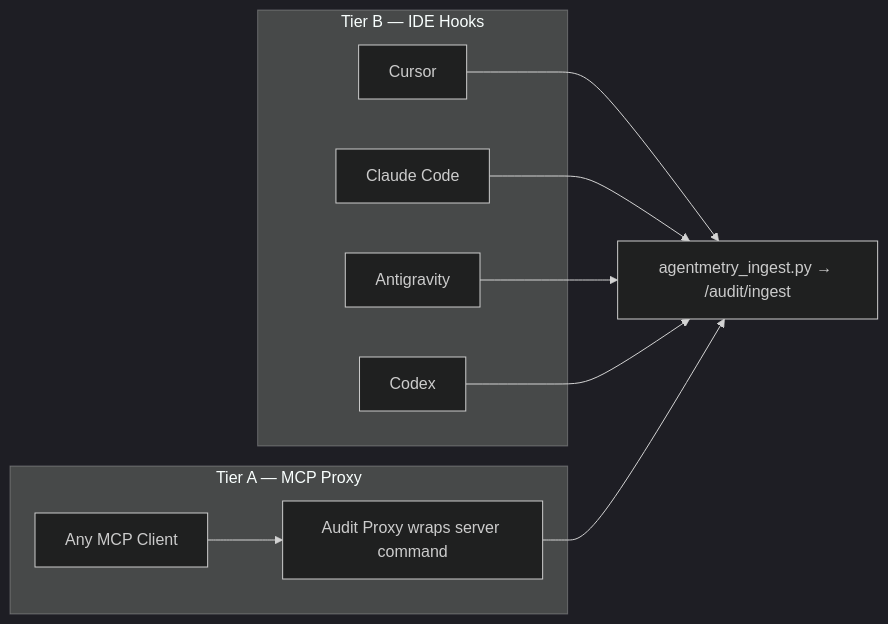
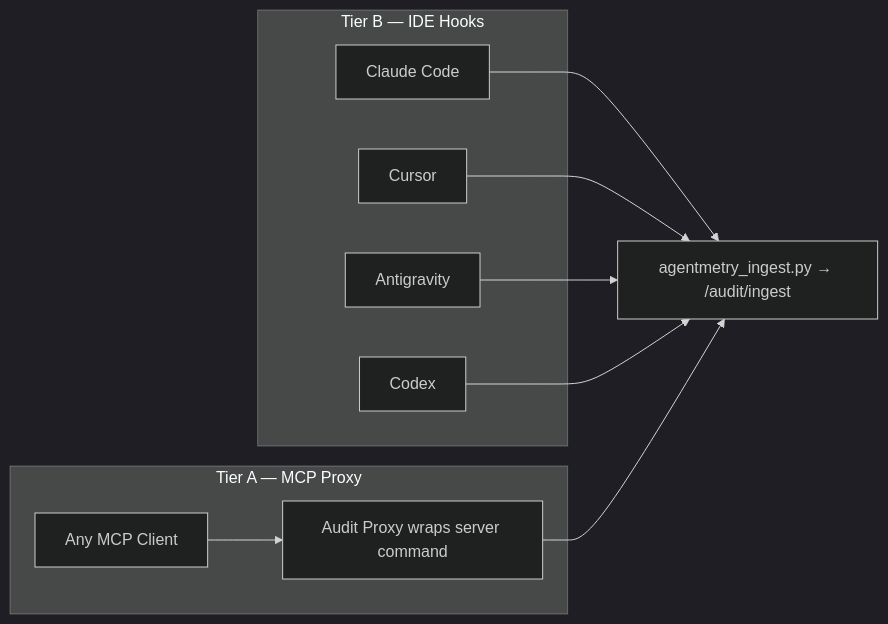
The second of 4 diagrams in README.md (blitzcrieg1/agentmetry), drawn with Mermaid (dark theme) before and after one commit. The commit also changed other lines of this file and 8 other files, not shown here.

````diff
--- a/README.md
+++ b/README.md
@@ -260,22 +263,22 @@
 ```mermaid
 flowchart LR
   subgraph TierB["Tier B — IDE Hooks"]
+    CL["Claude Code"]
     C["Cursor"]
-    CL["Claude Code"]
     AG["Antigravity"]
     CX["Codex"]
   end
 
   subgraph TierA["Tier A — MCP Proxy"]
     MCP["Any MCP Client"]
     WRAP["Audit Proxy wraps server command"]
   end
 
   INGEST["agentmetry_ingest.py → /audit/ingest"]
 
+  CL --> INGEST
   C --> INGEST
-  CL --> INGEST
   AG --> INGEST
   CX --> INGEST
   MCP --> WRAP --> INGEST
 ```
````
